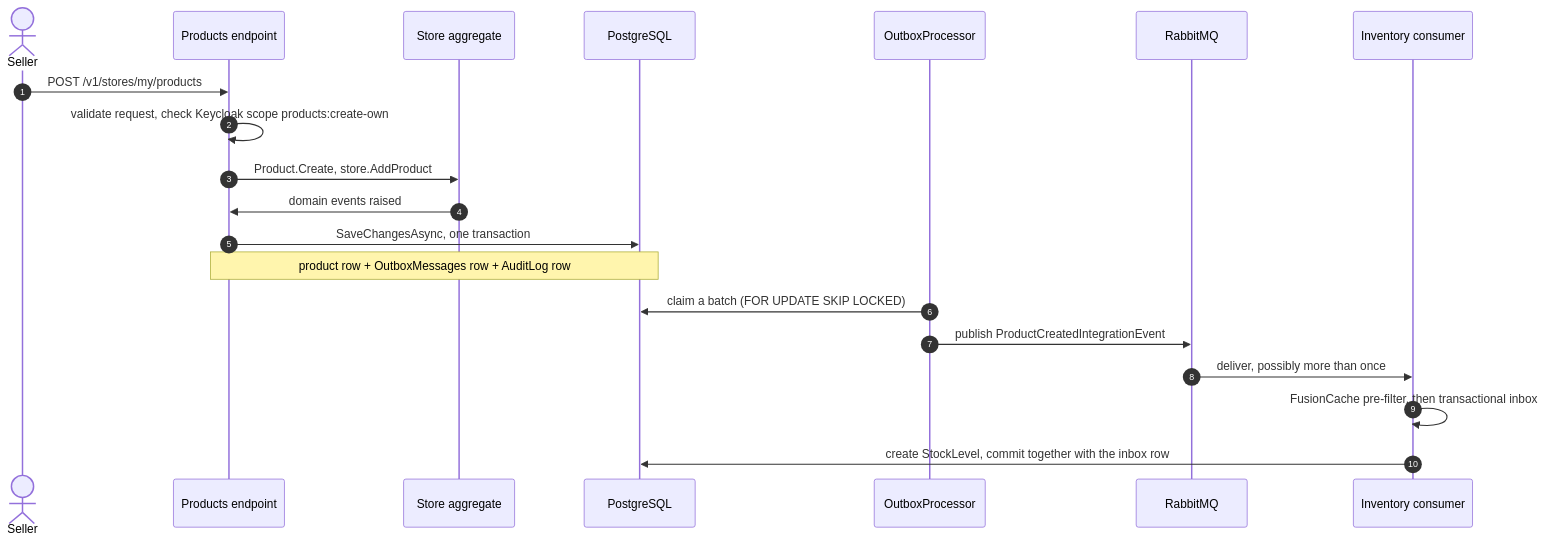
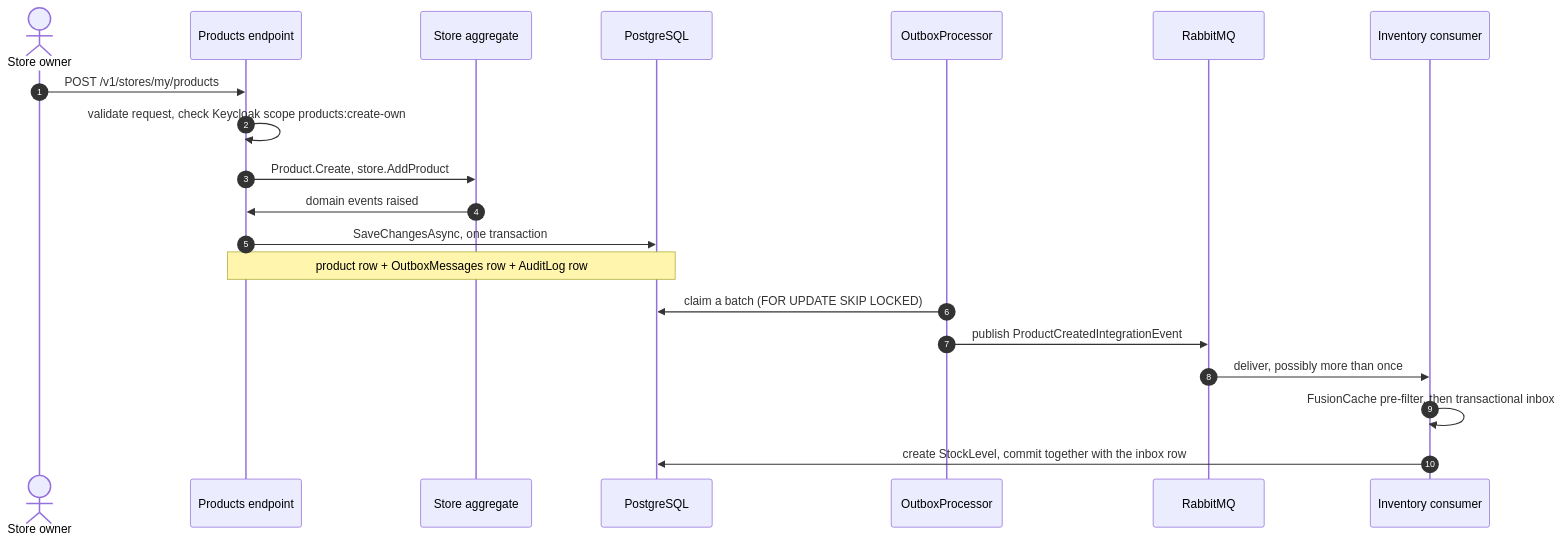
Before and after one commit to baranacikgoz/modular-monolith-ddd-vsa-webapi: the second of 2 diagrams in README.md, drawn with Mermaid. The commit also changed other lines of this file and 3 other files, not shown here.

````diff
--- a/README.md
+++ b/README.md
@@ -65,23 +65,23 @@
 ```mermaid
 sequenceDiagram
     autonumber
-    actor Seller
+    actor Owner as Store owner
     participant API as Products endpoint
     participant Agg as Store aggregate
     participant DB as PostgreSQL
     participant Out as OutboxProcessor
     participant MQ as RabbitMQ
     participant Inv as Inventory consumer
 
-    Seller->>API: POST /v1/stores/my/products
+    Owner->>API: POST /v1/stores/my/products
     API->>API: validate request, check Keycloak scope products:create-own
     API->>Agg: Product.Create, store.AddProduct
     Agg->>API: domain events raised
     API->>DB: SaveChangesAsync, one transaction
     Note over API,DB: product row + OutboxMessages row + AuditLog row
     Out->>DB: claim a batch (FOR UPDATE SKIP LOCKED)
     Out->>MQ: publish ProductCreatedIntegrationEvent
     MQ->>Inv: deliver, possibly more than once
     Inv->>Inv: FusionCache pre-filter, then transactional inbox
     Inv->>DB: create StockLevel, commit together with the inbox row
 ```
````
